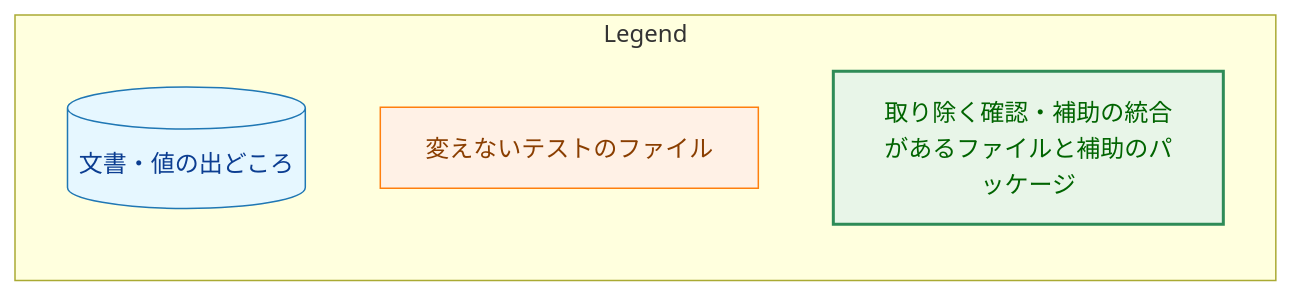
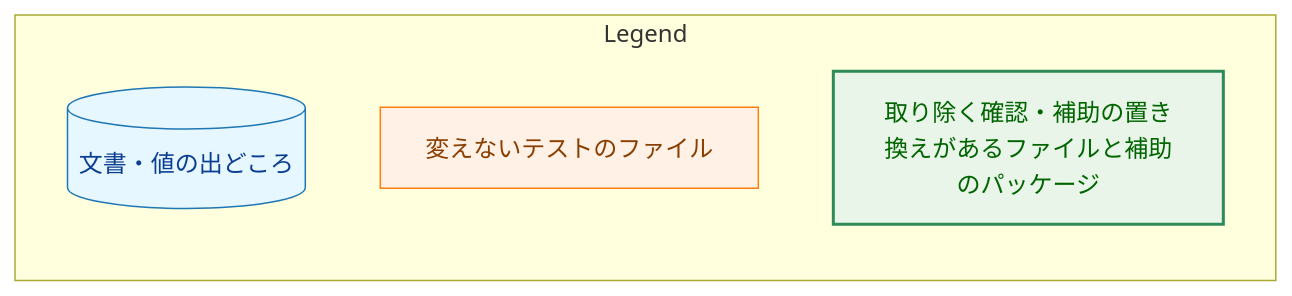
One commit to isseis/yt2column changed the fourth of 10 diagrams in docs/tasks/0052_doc_test_pruning/02_architecture.md. Above: the diagram before and after it, drawn with Mermaid. The commit also changed other lines of this file, not shown here.

````diff
--- a/docs/tasks/0052_doc_test_pruning/02_architecture.md
+++ b/docs/tasks/0052_doc_test_pruning/02_architecture.md
@@ -189,16 +194,16 @@
 ```mermaid
 flowchart LR
     classDef data fill:#e6f7ff,stroke:#1f77b4,stroke-width:1px,color:#0b3d91;
     classDef process fill:#fff1e6,stroke:#ff7f0e,stroke-width:1px,color:#8a3e00;
     classDef enhanced fill:#e8f5e8,stroke:#2e8b57,stroke-width:2px,color:#006400;
 
     subgraph Legend["Legend"]
         L1[("文書・値の出どころ")]
         L2["変えないテストのファイル"]
-        L3["取り除く確認・補助の統合があるファイルと補助のパッケージ"]
+        L3["取り除く確認・補助の置き換えがあるファイルと補助のパッケージ"]
     end
 
     class L1 data
     class L2 process
     class L3 enhanced
 ```
````
